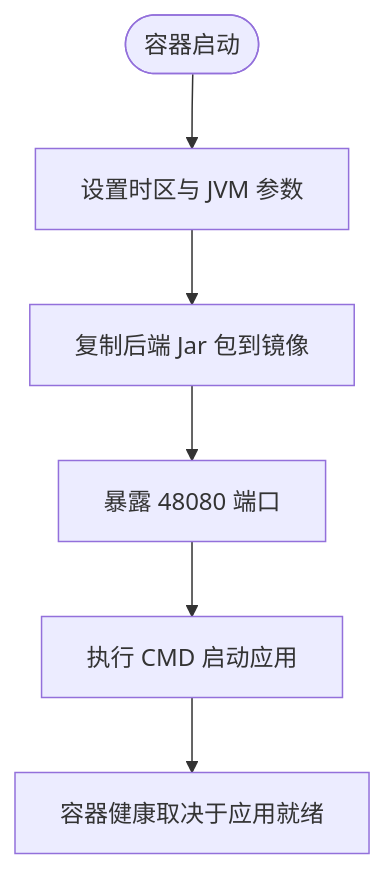
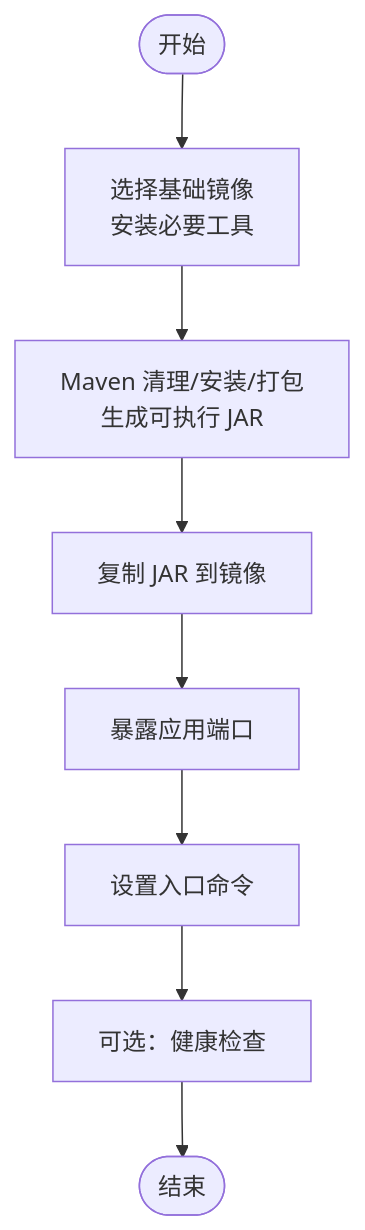
One commit to xiaoche80s-tech/rouyi-vue-pro changed the third of 8 diagrams in .qoder/repowiki/zh/content/部署运维/容器化部署.md. Above: the diagram before and after it, drawn with Mermaid. The commit also changed other lines of this file and 840 other files, not shown here.

````diff
--- a/.qoder/repowiki/zh/content/部署运维/容器化部署.md
+++ b/.qoder/repowiki/zh/content/部署运维/容器化部署.md
@@ -119,8 +158,10 @@
 ```mermaid
 flowchart TD
-Start(["容器启动"]) --> SetEnv["设置时区与 JVM 参数"]
-SetEnv --> CopyJar["复制后端 Jar 包到镜像"]
-CopyJar --> ExposePort["暴露 48080 端口"]
-ExposePort --> RunCmd["执行 CMD 启动应用"]
-RunCmd --> Health["容器健康取决于应用就绪"]
+Start(["开始"]) --> Base["选择基础镜像<br/>安装必要工具"]
+Base --> Build["Maven 清理/安装/打包<br/>生成可执行 JAR"]
+Build --> CopyJar["复制 JAR 到镜像"]
+CopyJar --> Expose["暴露应用端口"]
+Expose --> Entrypoint["设置入口命令"]
+Entrypoint --> Healthcheck["可选：健康检查"]
+Healthcheck --> End(["结束"])
 ```
````
